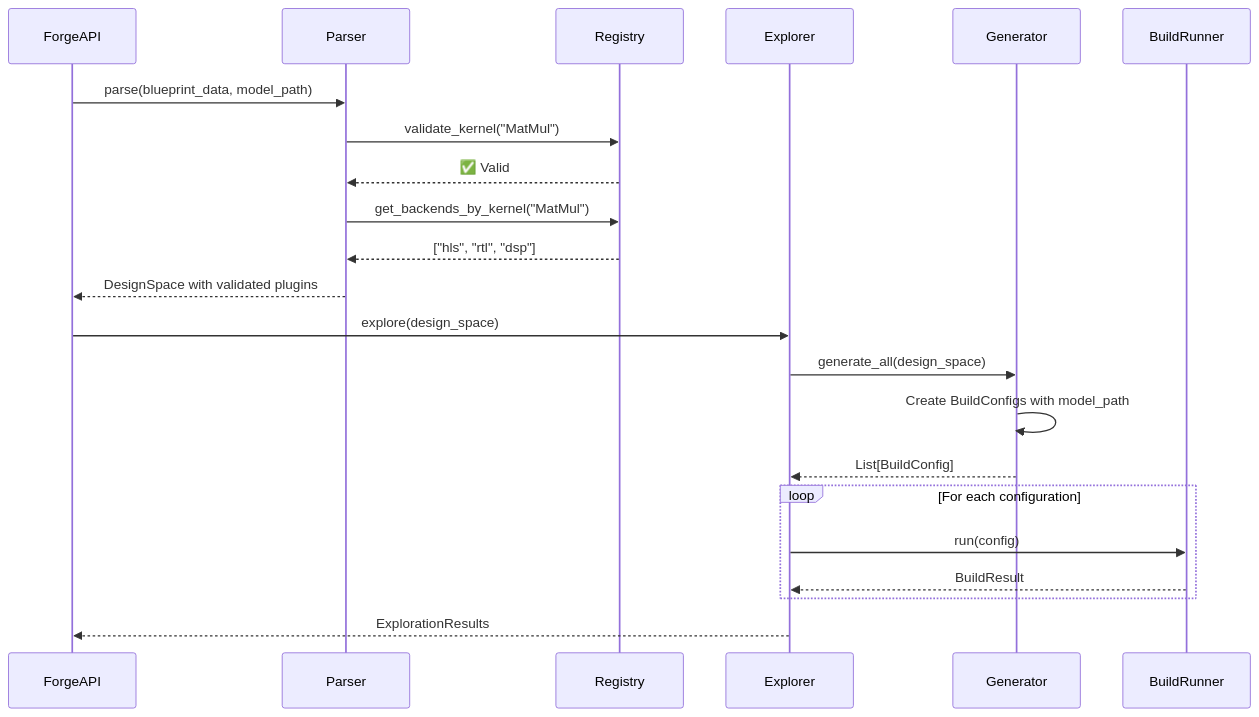
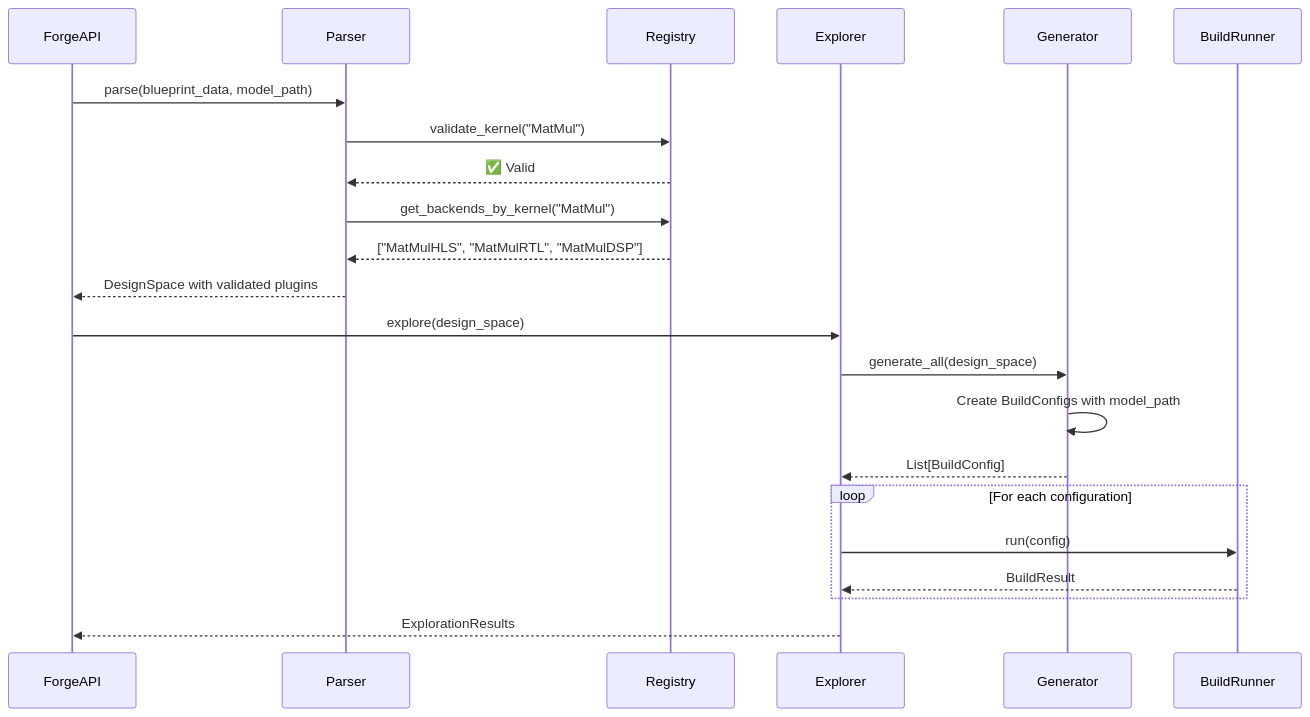
Before and after one commit to microsoft/Brainsmith: the seventh of 14 diagrams in brainsmith/core/ARCHITECTURE.md, drawn with Mermaid. The commit also changed other lines of this file and 40 other files, not shown here.

````diff
--- a/brainsmith/core/ARCHITECTURE.md
+++ b/brainsmith/core/ARCHITECTURE.md
@@ -403,28 +399,28 @@
 ```mermaid
 sequenceDiagram
     participant ForgeAPI
     participant Parser
     participant Registry
     participant Explorer
     participant Generator
     participant BuildRunner
     
     ForgeAPI->>Parser: parse(blueprint_data, model_path)
     Parser->>Registry: validate_kernel("MatMul")
     Registry-->>Parser: ✅ Valid
     Parser->>Registry: get_backends_by_kernel("MatMul")
-    Registry-->>Parser: ["hls", "rtl", "dsp"]
+    Registry-->>Parser: ["MatMulHLS", "MatMulRTL", "MatMulDSP"]
     Parser-->>ForgeAPI: DesignSpace with validated plugins
     
     ForgeAPI->>Explorer: explore(design_space)
     Explorer->>Generator: generate_all(design_space)
     Generator->>Generator: Create BuildConfigs with model_path
     Generator-->>Explorer: List[BuildConfig]
     
     loop For each configuration
         Explorer->>BuildRunner: run(config)
         BuildRunner-->>Explorer: BuildResult
     end
     
     Explorer-->>ForgeAPI: ExplorationResults
 ```
````
